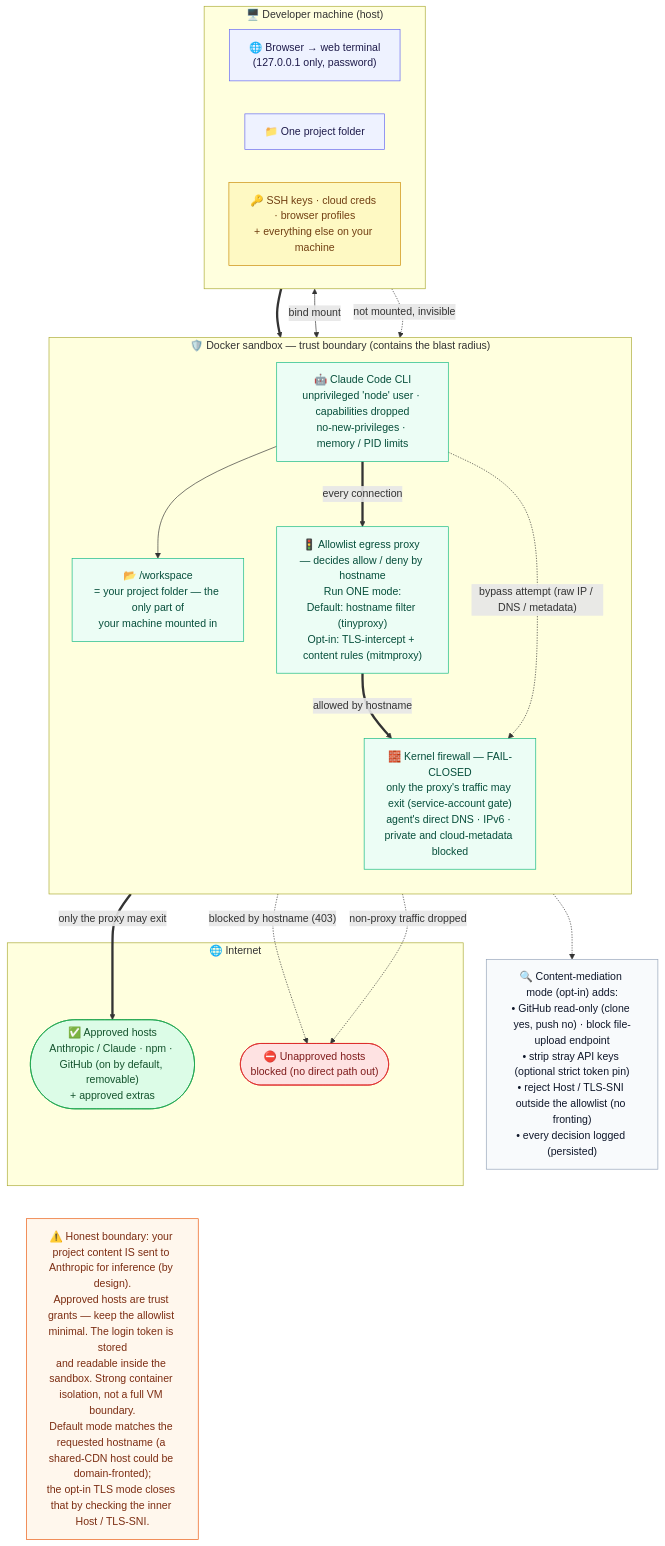
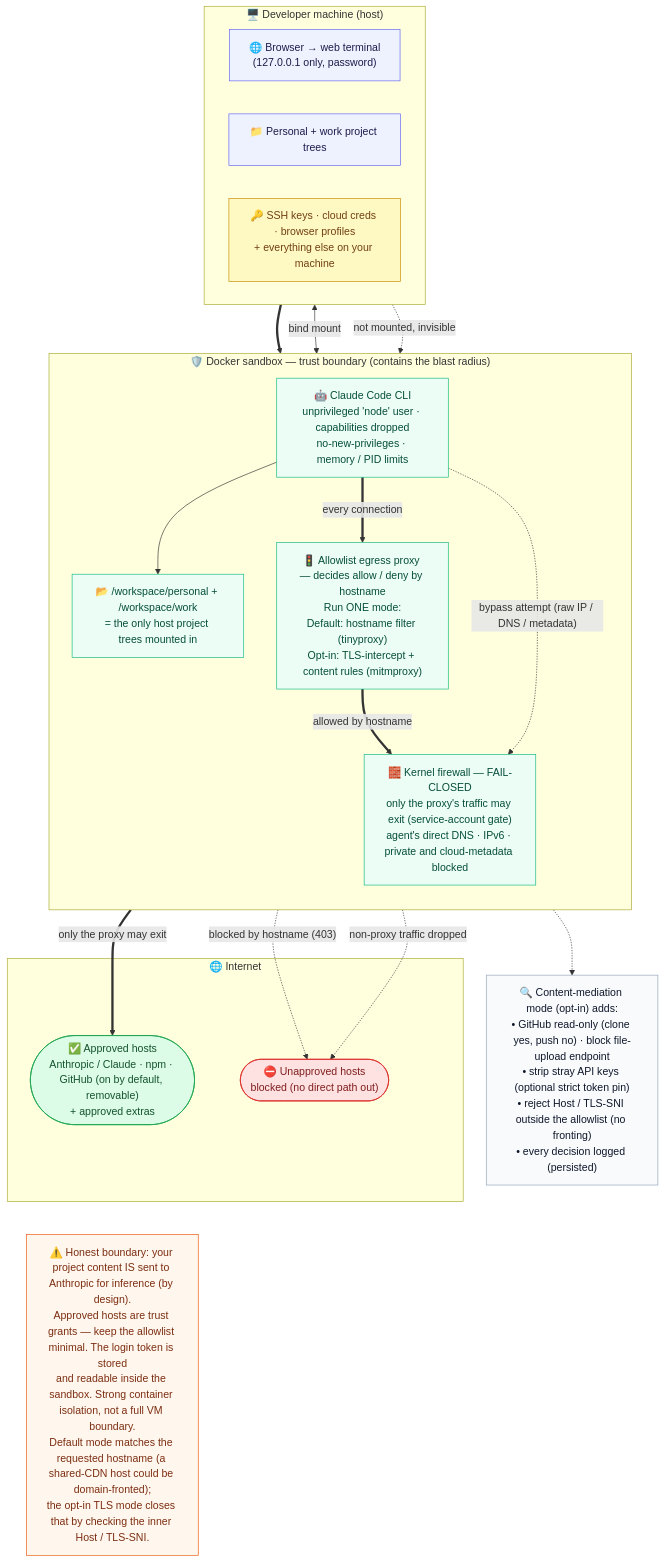
One commit to maximalfocus/coding-agent-sandbox changed the diagram in docs/architecture/security-architecture.mmd. Above: the diagram before and after it, drawn with Mermaid. The commit also changed 11 other files, not shown here.

First line of the commit message:
fix: launchers mount the home personal and work folders by default (#175)

```diff
--- a/docs/architecture/security-architecture.mmd
+++ b/docs/architecture/security-architecture.mmd
@@ -1,53 +1,53 @@
 flowchart TB
   subgraph HOST["🖥️ Developer machine (host)"]
     direction LR
     BROWSER["🌐 Browser → web terminal<br/>(127.0.0.1 only, password)"]
-    PROJ["📁 One project folder"]
+    PROJ["📁 Personal + work project trees"]
     SECRETS["🔑 SSH keys · cloud creds · browser profiles<br/>+ everything else on your machine"]
   end
 
   subgraph BOX["🛡️ Docker sandbox — trust boundary (contains the blast radius)"]
     direction TB
     AGENT["🤖 Claude Code CLI<br/>unprivileged 'node' user · capabilities dropped<br/>no-new-privileges · memory / PID limits"]
-    WS["📂 /workspace<br/>= your project folder — the only part of<br/>your machine mounted in"]
+    WS["📂 /workspace/personal + /workspace/work<br/>= the only host project trees mounted in"]
     PROXY["🚦 Allowlist egress proxy — decides allow / deny by hostname<br/>Run ONE mode:<br/>Default: hostname filter (tinyproxy)<br/>Opt-in: TLS-intercept + content rules (mitmproxy)"]
     FW["🧱 Kernel firewall — FAIL-CLOSED<br/>only the proxy's traffic may exit (service-account gate)<br/>agent's direct DNS · IPv6 · private and cloud-metadata blocked"]
   end
 
   subgraph NET["🌐 Internet"]
     ALLOW(["✅ Approved hosts<br/>Anthropic / Claude · npm · GitHub (on by default, removable)<br/>+ approved extras"])
     BLOCK(["⛔ Unapproved hosts<br/>blocked (no direct path out)"])
   end
 
   BROWSER ==> AGENT
   PROJ <-->|bind mount| WS
   SECRETS -. "not mounted, invisible" .-> BOX
   AGENT --> WS
   AGENT ==>|every connection| PROXY
   PROXY ==>|allowed by hostname| FW
   PROXY -. "blocked by hostname (403)" .-> BLOCK
   FW ==>|only the proxy may exit| ALLOW
   FW -. "non-proxy traffic dropped" .-> BLOCK
   AGENT -. "bypass attempt (raw IP / DNS / metadata)" .-> FW
 
   RULES["🔍 Content-mediation mode (opt-in) adds:<br/>• GitHub read-only (clone yes, push no) · block file-upload endpoint<br/>• strip stray API keys (optional strict token pin)<br/>• reject Host / TLS-SNI outside the allowlist (no fronting)<br/>• every decision logged (persisted)"]
   PROXY -.-> RULES
 
   NOTE["⚠️ Honest boundary: your project content IS sent to Anthropic for inference (by design).<br/>Approved hosts are trust grants — keep the allowlist minimal. The login token is stored<br/>and readable inside the sandbox. Strong container isolation, not a full VM boundary.<br/>Default mode matches the requested hostname (a shared-CDN host could be domain-fronted);<br/>the opt-in TLS mode closes that by checking the inner Host / TLS-SNI."]
   ALLOW ~~~ NOTE
 
   classDef host fill:#eef2ff,stroke:#6366f1,color:#1e1b4b;
   classDef secret fill:#fef9c3,stroke:#ca8a04,color:#713f12;
   classDef boxn fill:#ecfdf5,stroke:#10b981,color:#064e3b;
   classDef allow fill:#dcfce7,stroke:#16a34a,color:#14532d;
   classDef block fill:#fee2e2,stroke:#dc2626,color:#7f1d1d;
   classDef notes fill:#f8fafc,stroke:#94a3b8,color:#0f172a;
   classDef warn fill:#fff7ed,stroke:#ea580c,color:#7c2d12;
 
   class BROWSER,PROJ host;
   class SECRETS secret;
   class AGENT,WS,PROXY,FW boxn;
   class ALLOW allow;
   class BLOCK block;
   class RULES notes;
   class NOTE warn;
```
